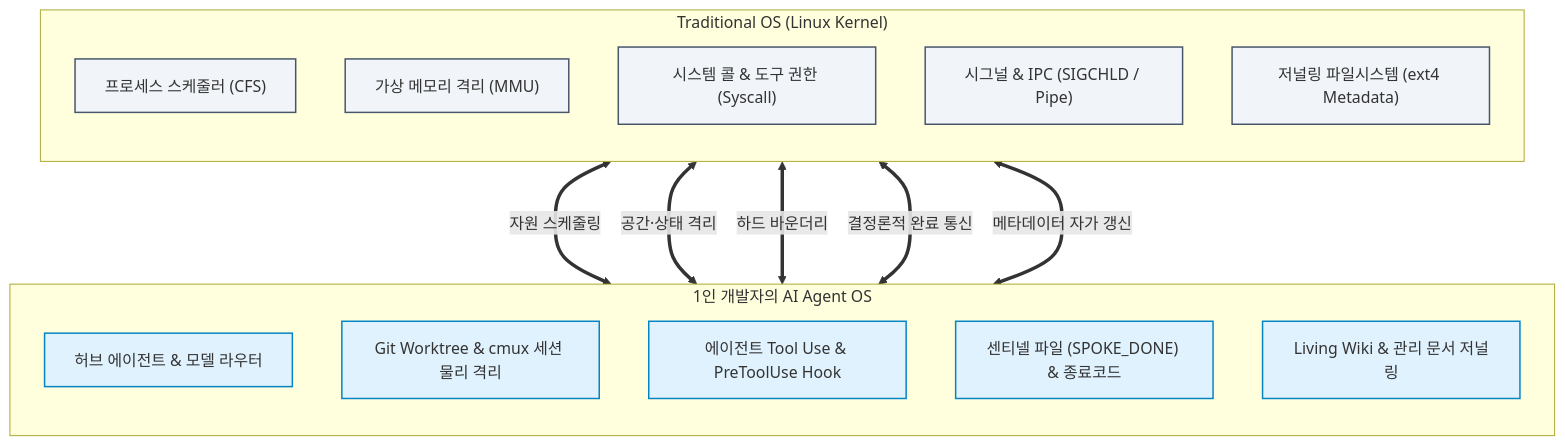
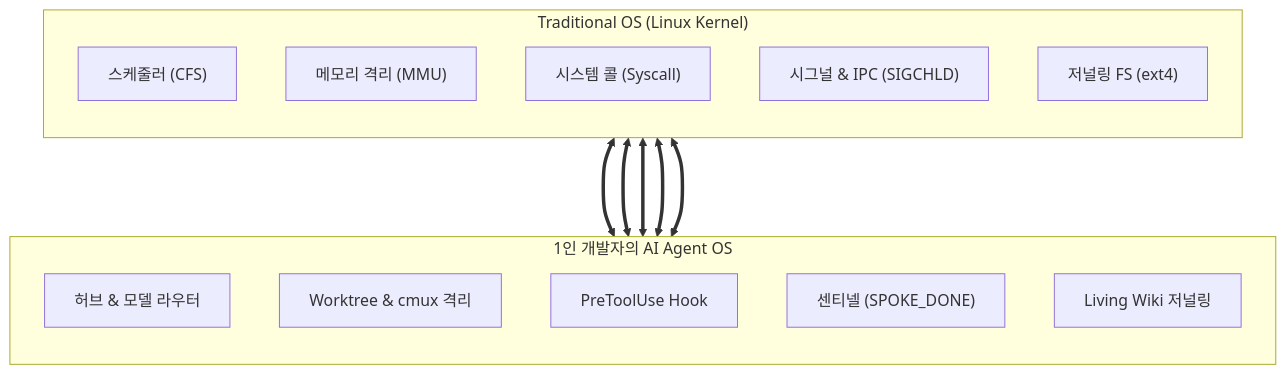
The diagram in _posts/tech/ai-agent-architecture/11 우리는 이미 각자의 운영체제를 짜고 있었다.md (tomato-vault/tomato-vault.github.io), drawn with Mermaid before and after one commit. The commit also changed other lines of this file and 43 other files, not shown here.

````diff
--- a/_posts/tech/ai-agent-architecture/11 우리는 이미 각자의 운영체제를 짜고 있었다.md
+++ b/_posts/tech/ai-agent-architecture/11 우리는 이미 각자의 운영체제를 짜고 있었다.md
@@ -108,32 +45,26 @@
 ```mermaid
 flowchart TB
     subgraph KERNEL ["Traditional OS (Linux Kernel)"]
         direction TB
-        K1["프로세스 스케줄러 (CFS)"]
-        K2["가상 메모리 격리 (MMU)"]
-        K3["시스템 콜 & 도구 권한 (Syscall)"]
-        K4["시그널 & IPC (SIGCHLD / Pipe)"]
-        K5["저널링 파일시스템 (ext4 Metadata)"]
+        K1["스케줄러 (CFS)"]
+        K2["메모리 격리 (MMU)"]
+        K3["시스템 콜 (Syscall)"]
+        K4["시그널 & IPC (SIGCHLD)"]
+        K5["저널링 FS (ext4)"]
     end
 
     subgraph AGENT_OS ["1인 개발자의 AI Agent OS"]
         direction TB
-        A1["허브 에이전트 & 모델 라우터"]
-        A2["Git Worktree & cmux 세션 물리 격리"]
-        A3["에이전트 Tool Use & PreToolUse Hook"]
-        A4["센티넬 파일 (SPOKE_DONE) & 종료코드"]
-        A5["Living Wiki & 관리 문서 저널링"]
+        A1["허브 & 모델 라우터"]
+        A2["Worktree & cmux 격리"]
+        A3["PreToolUse Hook"]
+        A4["센티넬 (SPOKE_DONE)"]
+        A5["Living Wiki 저널링"]
     end
 
-    K1 <===>|"자원 스케줄링"| A1
-    K2 <===>|"공간·상태 격리"| A2
-    K3 <===>|"하드 바운더리"| A3
-    K4 <===>|"결정론적 완료 통신"| A4
-    K5 <===>|"메타데이터 자가 갱신"| A5
-
-    classDef kernelStyle fill:#f1f5f9,stroke:#475569,stroke-width:1.5px
-    classDef agentStyle fill:#e0f2fe,stroke:#0284c7,stroke-width:1.5px
-
-    class K1,K2,K3,K4,K5 kernelStyle
-    class A1,A2,A3,A4,A5 agentStyle
+    K1 <===> A1
+    K2 <===> A2
+    K3 <===> A3
+    K4 <===> A4
+    K5 <===> A5
 ```
````
